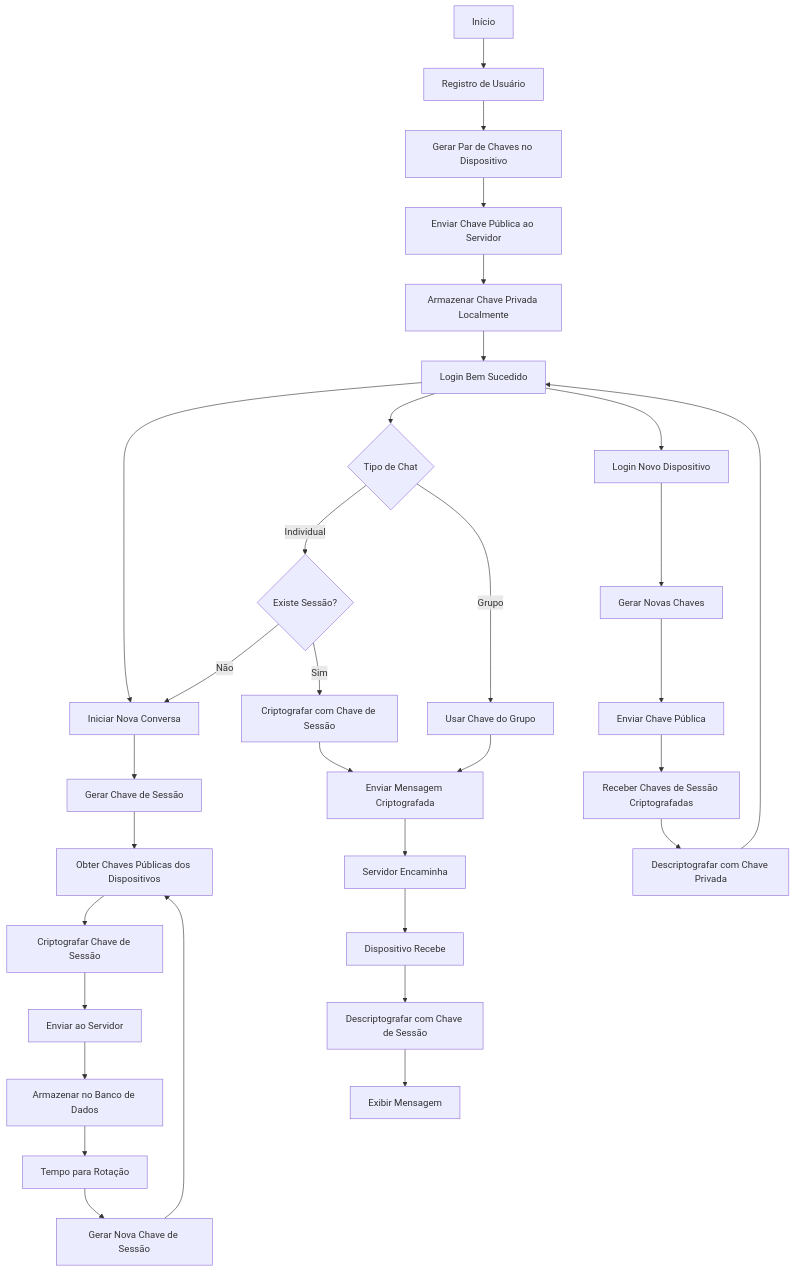
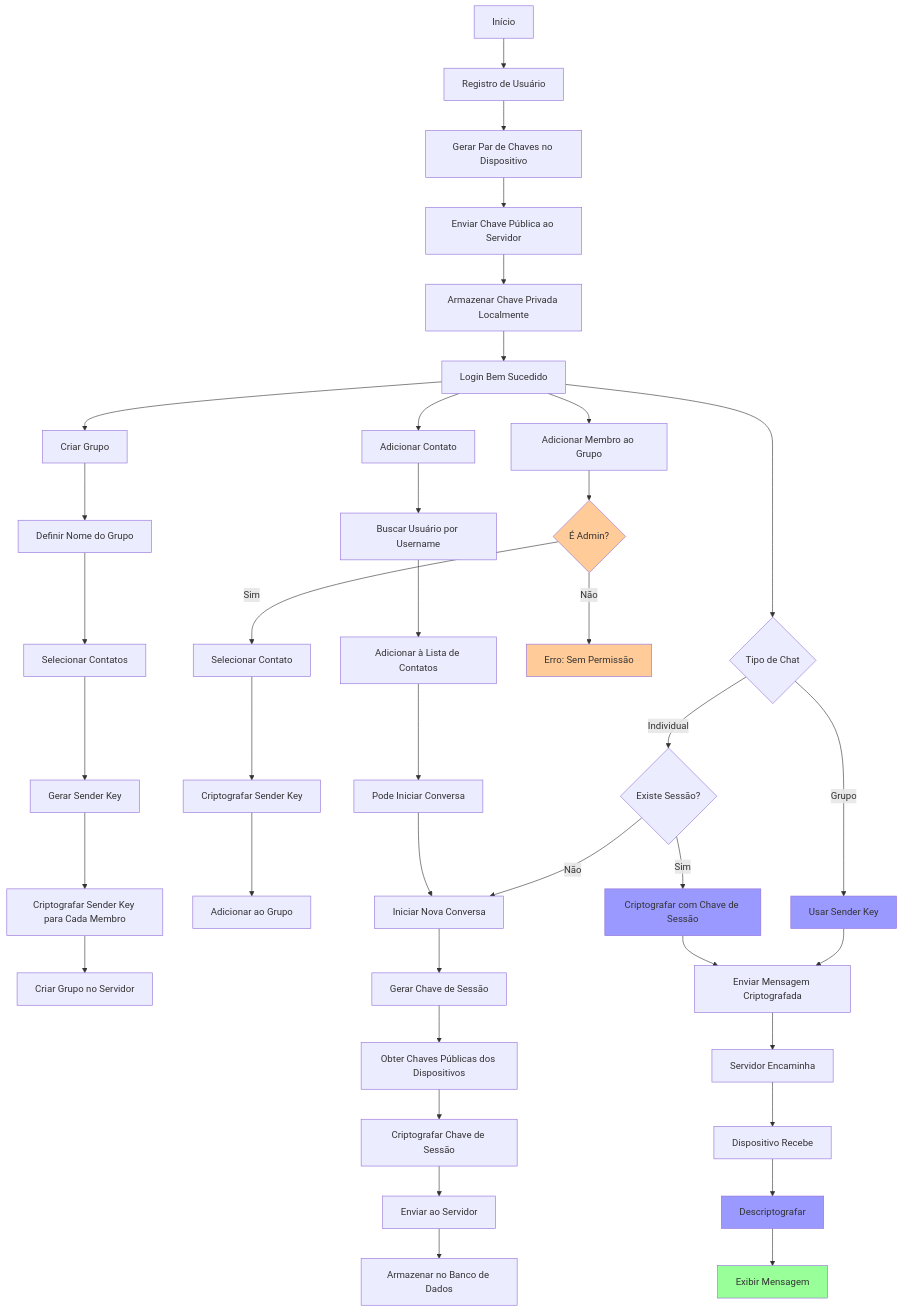
The second of 2 diagrams in README.md (Gugarauj07/ChatE2EE-ElgamalCrypto), drawn with Mermaid before and after one commit. The commit also changed other lines of this file, not shown here.

Commit message:
refactor

````diff
--- a/README.md
+++ b/README.md
@@ -79,45 +87,62 @@
 ```mermaid
 graph TD
     %% Registro e Login Inicial
     A[Início] --> B[Registro de Usuário]
     B --> C[Gerar Par de Chaves no Dispositivo]
     C --> D[Enviar Chave Pública ao Servidor]
     D --> E[Armazenar Chave Privada Localmente]
     E --> F[Login Bem Sucedido]
 
+    %% Gestão de Contatos
+    F --> G1[Adicionar Contato]
+    G1 --> H1[Buscar Usuário por Username]
+    H1 --> I1[Adicionar à Lista de Contatos]
+    I1 --> J1[Pode Iniciar Conversa]
+
+    %% Criação de Grupo
+    F --> G2[Criar Grupo]
+    G2 --> H2[Definir Nome do Grupo]
+    H2 --> I2[Selecionar Contatos]
+    I2 --> J2[Gerar Sender Key]
+    J2 --> K2[Criptografar Sender Key para Cada Membro]
+    K2 --> L2[Criar Grupo no Servidor]
+
+    %% Adicionar Membro ao Grupo
+    F --> G3[Adicionar Membro ao Grupo]
+    G3 --> H3{É Admin?}
+    H3 -->|Sim| I3[Selecionar Contato]
+    I3 --> J3[Criptografar Sender Key]
+    J3 --> K3[Adicionar ao Grupo]
+    H3 -->|Não| L3[Erro: Sem Permissão]
+
     %% Estabelecimento de Sessão
-    F --> G[Iniciar Nova Conversa]
-    G --> H[Gerar Chave de Sessão]
-    H --> I[Obter Chaves Públicas dos Dispositivos]
-    I --> J[Criptografar Chave de Sessão]
-    J --> K[Enviar ao Servidor]
-    K --> L[Armazenar no Banco de Dados]
+    J1 --> M[Iniciar Nova Conversa]
+    M --> N[Gerar Chave de Sessão]
+    N --> O[Obter Chaves Públicas dos Dispositivos]
+    O --> P[Criptografar Chave de Sessão]
+    P --> Q[Enviar ao Servidor]
+    Q --> R[Armazenar no Banco de Dados]
 
     %% Fluxo de Mensagens
-    F --> M{Tipo de Chat}
-    M -->|Individual| N{Existe Sessão?}
-    N -->|Não| G
-    N -->|Sim| O[Criptografar com Chave de Sessão]
-    M -->|Grupo| P[Usar Chave do Grupo]
-    O --> Q[Enviar Mensagem Criptografada]
-    P --> Q
-
-    %% Novo Dispositivo
-    F --> R[Login Novo Dispositivo]
-    R --> S[Gerar Novas Chaves]
-    S --> T[Enviar Chave Pública]
-    T --> U[Receber Chaves de Sessão Criptografadas]
-    U --> V[Descriptografar com Chave Privada]
-    V --> F
-
-    %% Rotação de Chaves
-    L --> W[Tempo para Rotação]
-    W --> X[Gerar Nova Chave de Sessão]
-    X --> I
+    F --> S{Tipo de Chat}
+    S -->|Individual| T{Existe Sessão?}
+    T -->|Não| M
+    T -->|Sim| U[Criptografar com Chave de Sessão]
+    S -->|Grupo| V[Usar Sender Key]
+    U --> W[Enviar Mensagem Criptografada]
+    V --> W
 
     %% Recebimento
-    Q --> Y[Servidor Encaminha]
-    Y --> Z[Dispositivo Recebe]
-    Z --> AA[Descriptografar com Chave de Sessão]
-    AA --> AB[Exibir Mensagem]
+    W --> X[Servidor Encaminha]
+    X --> Y[Dispositivo Recebe]
+    Y --> Z[Descriptografar]
+    Z --> AA[Exibir Mensagem]
+
+    %% Estilização
+    classDef success fill:#99ff99
+    classDef process fill:#9999ff
+    classDef warning fill:#ffcc99
+    class AA success
+    class U,V,Z process
+    class H3,L3 warning
 ```
````
